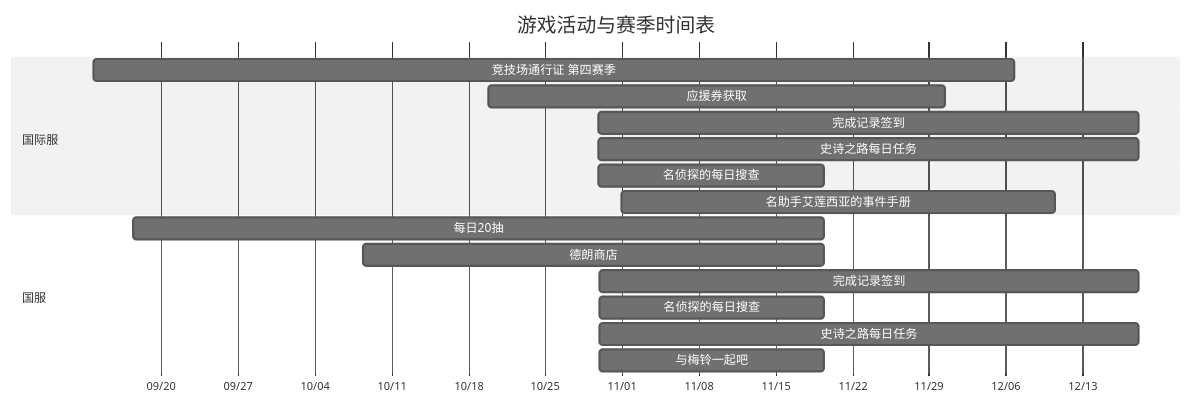
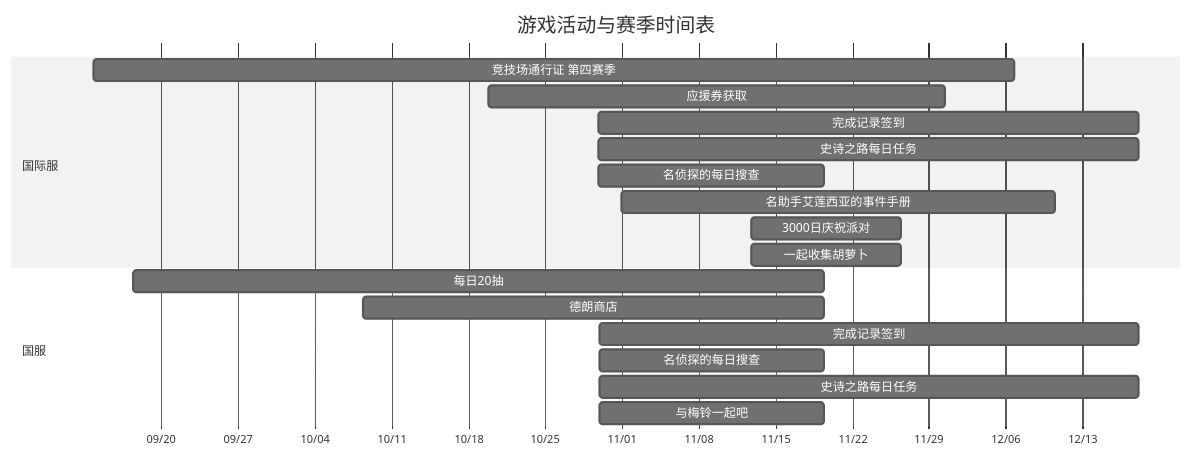
One commit to Rea1-ms/AutoEpicSeven changed the diagram in tasks/activity/calendar.md. Above: the diagram before and after it, drawn with Mermaid (neutral theme). The commit also changed other lines of this file and 40 other files, not shown here.

````diff
--- a/tasks/activity/calendar.md
+++ b/tasks/activity/calendar.md
@@ -6,20 +6,22 @@
 ```mermaid
 gantt
     title 游戏活动与赛季时间表
     dateFormat YYYY-MM-DD HH:mm
     axisFormat %m/%d
     section 国际服
     竞技场通行证 第四赛季 :OVERSEA_arena_pass_oversea_2026_season_4, 2026-09-13 20:00, 2026-12-06 20:00
     应援券获取 :OVERSEA_support_reward_2026_10_19, 2026-10-19 21:10, 2026-11-30 11:00
     完成记录签到 :OVERSEA_completion_record_2026_10_29, 2026-10-29 20:37, 2026-12-18 02:00
     史诗之路每日任务 :OVERSEA_epic_path_2026_10_29, 2026-10-29 20:37, 2026-12-18 02:00
     名侦探的每日搜查 :OVERSEA_detective_search_2026_10_29, 2026-10-29 20:39, 2026-11-19 11:00
     名助手艾莲西亚的事件手册 :OVERSEA_alencia_handbook_2026_11_01, 2026-11-01 00:05, 2026-12-10 11:00
+    3000日庆祝派对 :OVERSEA_anniversary_party_2026_11_12, 2026-11-12 20:11, 2026-11-26 11:00
+    一起收集胡萝卜 :OVERSEA_carrot_reward_2026_11_12, 2026-11-12 20:14, 2026-11-26 11:00
     section 国服
     每日20抽 :CN_free_gacha_20_2026_08_27, 2026-09-17 11:00, 2026-11-19 11:00
     德朗商店 :CN_huche_shop_cn_2026_10_08, 2026-10-08 11:00, 2026-11-19 11:00
     完成记录签到 :CN_completion_record_2026_10_29, 2026-10-29 22:26, 2026-12-18 03:00
     名侦探的每日搜查 :CN_detective_search_2026_10_29, 2026-10-29 22:26, 2026-11-19 11:00
     史诗之路每日任务 :CN_epic_path_2026_10_29, 2026-10-29 22:26, 2026-12-18 03:00
     与梅铃一起吧  :CN_meirin_reward_2026_10_08, 2026-10-29 22:26, 2026-11-19 11:00
 ```
````
